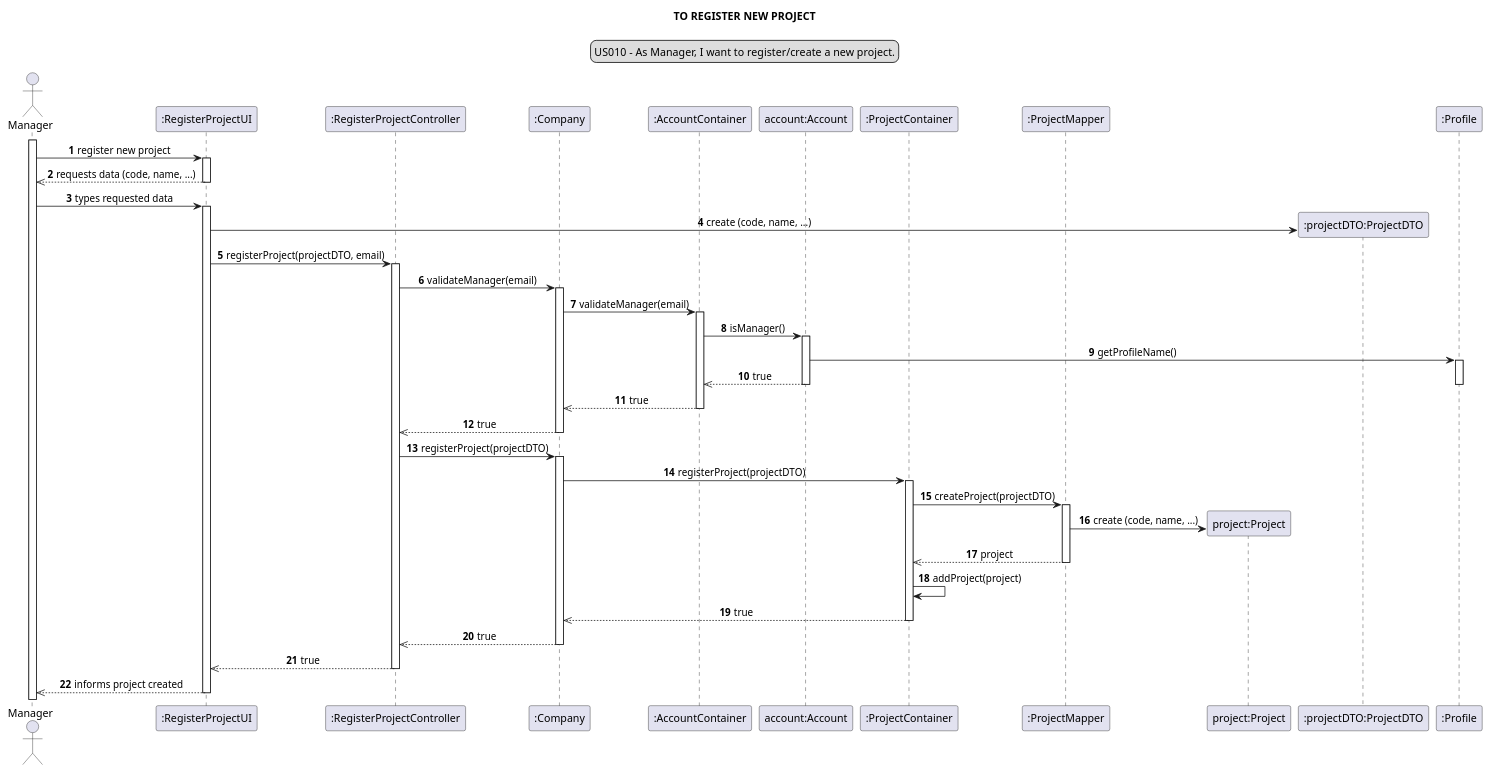
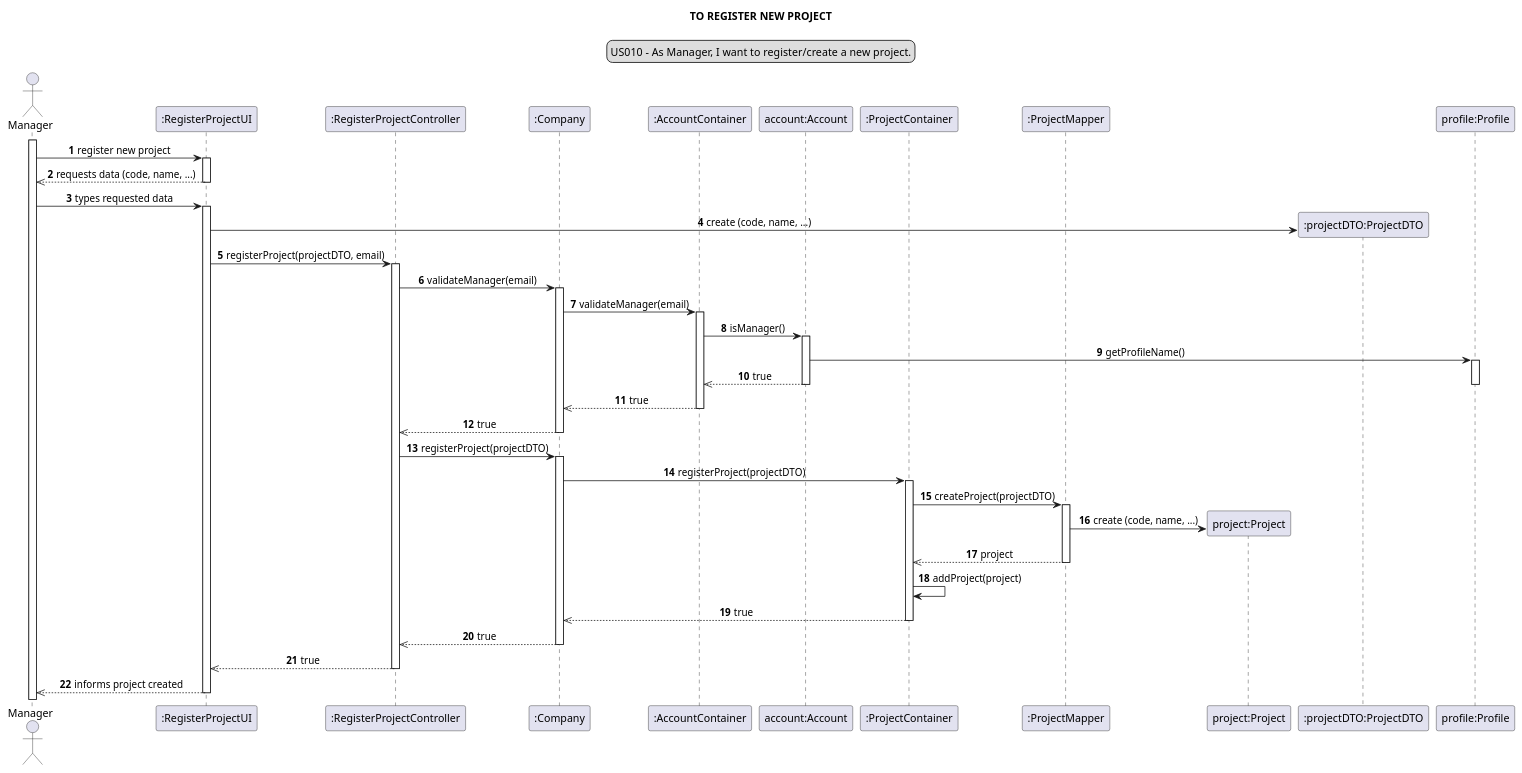
One commit to Loracline/project_switch_22-23 changed the diagram in docs/modelling_design/user_stories/us010/US010_sequenceDiagram.puml. Above: the diagram before and after it, drawn with PlantUML. The commit also changed 2 other files, not shown here.

Commit message:
US010 : Design : Refinement of Sequence Diagram. US014 : Design : Refinement of Sequence Diagram. US014: Creation of ListAccountsInProjectController class.

```diff
--- a/docs/modelling_design/user_stories/us010/US010_sequenceDiagram.puml
+++ b/docs/modelling_design/user_stories/us010/US010_sequenceDiagram.puml
@@ -1,70 +1,70 @@
 @startuml
 
 skinparam sequenceMessageAlign center
 title TO REGISTER NEW PROJECT
 legend top
 US010 - As Manager, I want to register/create a new project.
 end legend
 autonumber
 
 actor Manager as mg
 participant ":RegisterProjectUI" as ui
 participant ":RegisterProjectController" as controller
 participant ":Company" as comp
 participant ":AccountContainer" as ac
 participant "account:Account" as a
 participant ":ProjectContainer" as PC
 participant ":ProjectMapper" as mapper
 participant "project:Project" as project
 participant ":projectDTO:ProjectDTO" as dto
-participant ":Profile" as pf
+participant "profile:Profile" as pf
 
 activate mg
 mg ->ui : register new project
 activate ui
 ui -->> mg: requests data (code, name, ...)
 deactivate ui
 mg -> ui: types requested data
 activate ui
 create dto
 ui -> dto: create (code, name, ...)
 ui -> controller: registerProject(projectDTO, email)
 activate controller
 
 
 controller -> comp: validateManager(email)
 activate comp
 comp -> ac: validateManager(email)
 activate ac
 ac -> a: isManager()
 activate a
 a -> pf : getProfileName()
 activate pf
 a -->> ac: true
 deactivate pf
 deactivate a
 ac -->> comp: true
 deactivate ac
 comp -->> controller: true
 deactivate comp
 controller -> comp: registerProject(projectDTO)
 activate comp
 comp -> PC : registerProject(projectDTO)
 activate PC
 PC -> mapper: createProject(projectDTO)
 activate mapper
 create project
 mapper -> project : create (code, name, ...)
 mapper -->> PC: project
 deactivate mapper
 PC -> PC : addProject(project)
 PC -->> comp : true
 deactivate PC
 comp -->>controller: true
 deactivate comp
 controller -->> ui : true
 deactivate controller
 ui -->> mg :  informs project created
 deactivate ui
 
 @enduml
```
